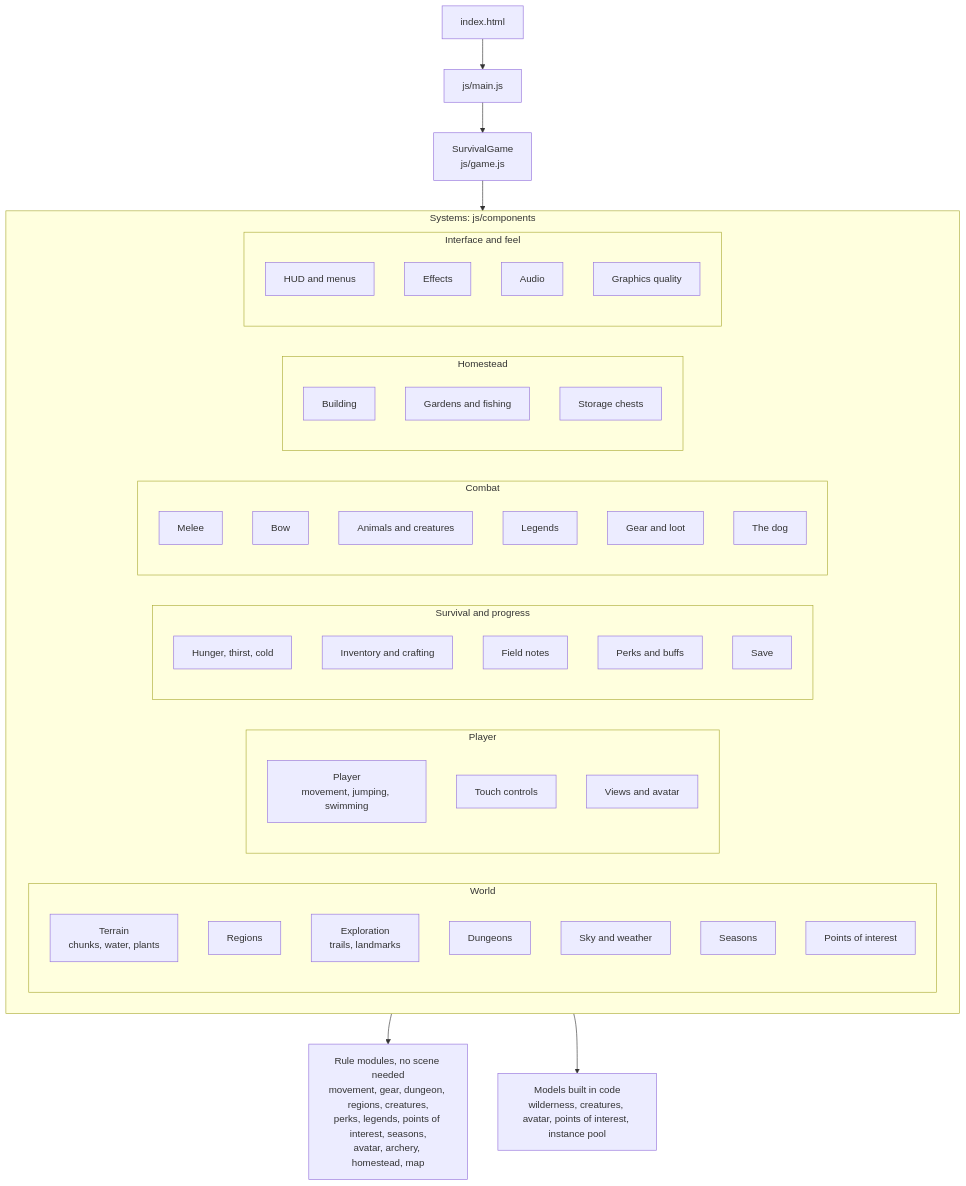
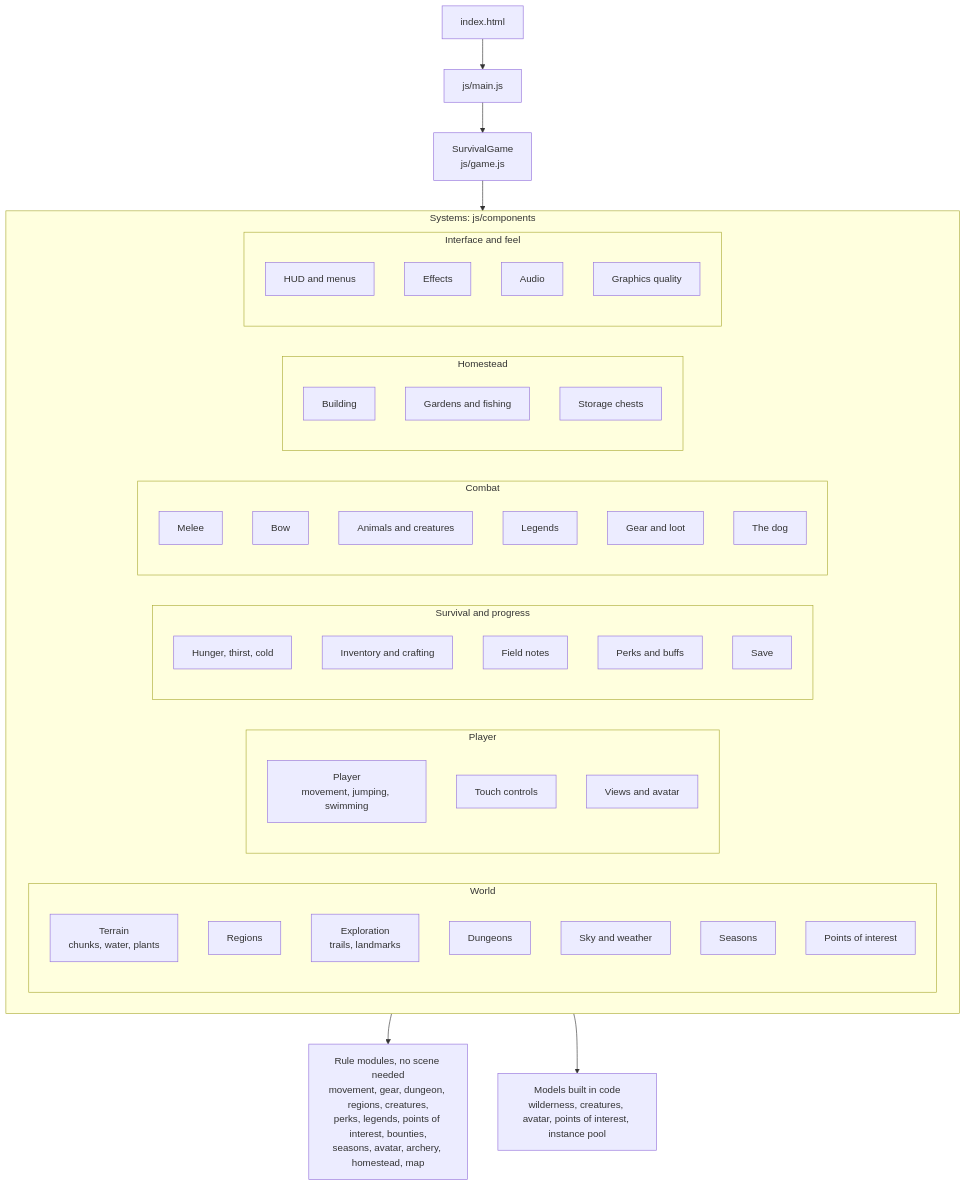
One commit to CptNope/Survival-Game changed the third of 5 diagrams in README.md. Above: the diagram before and after it, drawn with Mermaid. The commit also changed other lines of this file and 14 other files, not shown here.

````diff
--- a/README.md
+++ b/README.md
@@ -367,62 +384,62 @@
 ```mermaid
 flowchart TD
     index["index.html"] --> main["js/main.js"] --> game["SurvivalGame<br/>js/game.js"]
 
     game --> systems
 
     subgraph systems["Systems: js/components"]
         direction LR
         subgraph world["World"]
             terrain["Terrain<br/>chunks, water, plants"]
             regions["Regions"]
             exploration["Exploration<br/>trails, landmarks"]
             dungeon["Dungeons"]
             sky["Sky and weather"]
             seasons["Seasons"]
             pois["Points of interest"]
         end
 
         subgraph player["Player"]
             playersys["Player<br/>movement, jumping, swimming"]
             touch["Touch controls"]
             view["Views and avatar"]
         end
 
         subgraph life["Survival and progress"]
             survival["Hunger, thirst, cold"]
             inventory["Inventory and crafting"]
             progression["Field notes"]
             perks["Perks and buffs"]
             save["Save"]
         end
 
         subgraph fight["Combat"]
             combat["Melee"]
             archery["Bow"]
             animals["Animals and creatures"]
             legends["Legends"]
             gear["Gear and loot"]
             companion["The dog"]
         end
 
         subgraph home["Homestead"]
             building["Building"]
             gardens["Gardens and fishing"]
             storage["Storage chests"]
         end
 
         subgraph face["Interface and feel"]
             ui["HUD and menus"]
             effects["Effects"]
             audio["Audio"]
             quality["Graphics quality"]
         end
 
     end
 
     systems --> rules
     systems --> models
 
-    rules["Rule modules, no scene needed<br/>movement, gear, dungeon, regions, creatures,<br/>perks, legends, points of interest, seasons,<br/>avatar, archery, homestead, map"]
+    rules["Rule modules, no scene needed<br/>movement, gear, dungeon, regions, creatures,<br/>perks, legends, points of interest, bounties,<br/>seasons, avatar, archery, homestead, map"]
     models["Models built in code<br/>wilderness, creatures, avatar, points of interest, instance pool"]
 ```
````
